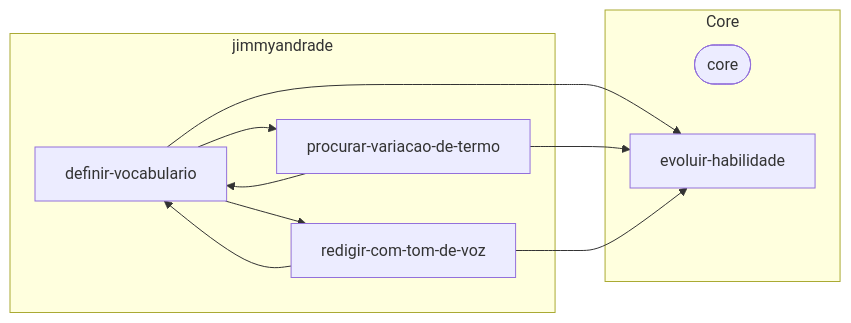
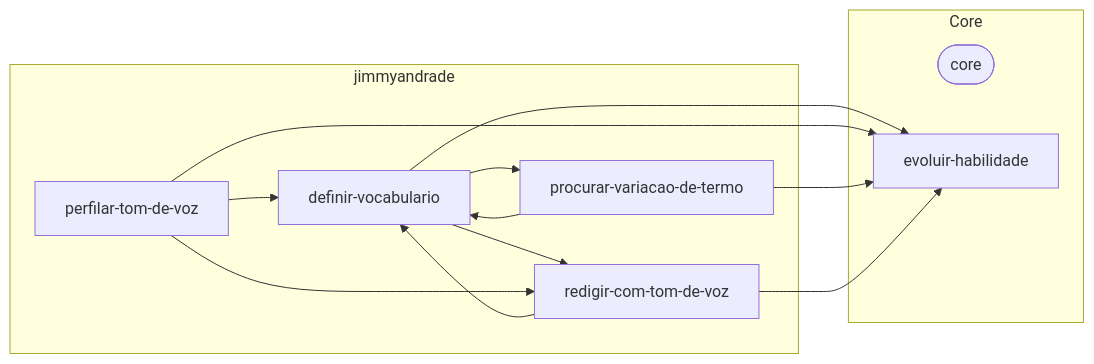
One commit to jimmyandrade/vocabulary changed the diagram in .agents/skills/README.md. Above: the diagram before and after it, drawn with Mermaid. The commit also changed 4 other files, not shown here.

Commit message:
feat(skills): add perfilar-tom-de-voz to profile a person or a channel from a real sample

````diff
--- a/.agents/skills/README.md
+++ b/.agents/skills/README.md
@@ -11,19 +11,23 @@
 ```mermaid
 flowchart LR
   subgraph project["jimmyandrade"]
     definir_vocabulario["definir-vocabulario"]
+    perfilar_tom_de_voz["perfilar-tom-de-voz"]
     procurar_variacao_de_termo["procurar-variacao-de-termo"]
     redigir_com_tom_de_voz["redigir-com-tom-de-voz"]
   end
   subgraph core["Core"]
     core_plugin(["core"])
     evoluir_habilidade["evoluir-habilidade"]
   end
   definir_vocabulario --> evoluir_habilidade
   definir_vocabulario --> procurar_variacao_de_termo
   definir_vocabulario --> redigir_com_tom_de_voz
+  perfilar_tom_de_voz --> definir_vocabulario
+  perfilar_tom_de_voz --> evoluir_habilidade
+  perfilar_tom_de_voz --> redigir_com_tom_de_voz
   procurar_variacao_de_termo --> definir_vocabulario
   procurar_variacao_de_termo --> evoluir_habilidade
   redigir_com_tom_de_voz --> definir_vocabulario
   redigir_com_tom_de_voz --> evoluir_habilidade
 ```
````
